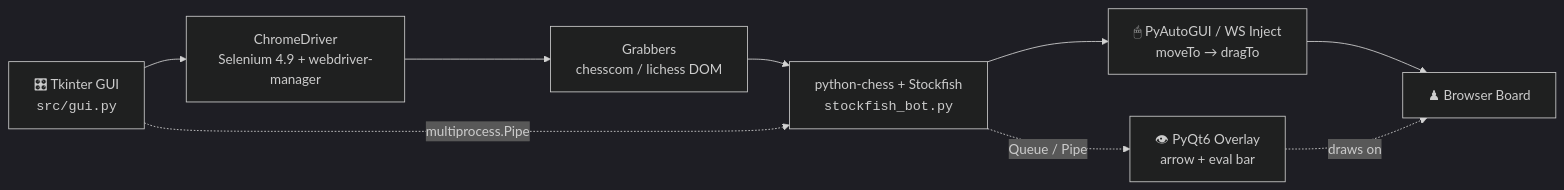
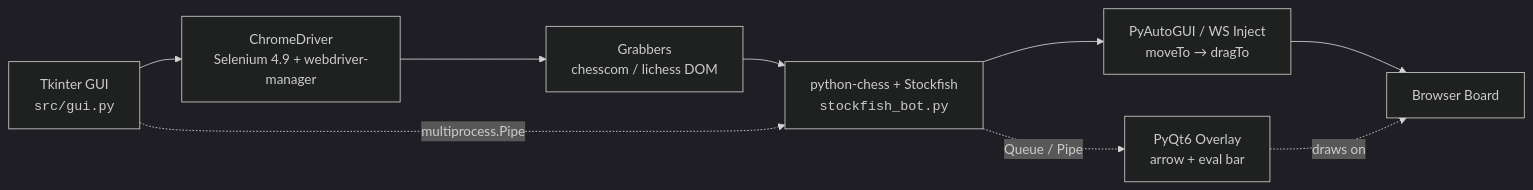
Before and after one commit to Ifaz2611/chess-X: the first of 2 diagrams in README.md, drawn with Mermaid (dark theme). The commit also changed other lines of this file and 3 other files, not shown here.

````diff
--- a/README.md
+++ b/README.md
@@ -102,15 +102,15 @@
 ```mermaid
 flowchart LR
-    GUI["🎛 Tkinter GUI<br/><code>src/gui.py</code>"]
+    GUI["Tkinter GUI<br/><code>src/gui.py</code>"]
     BROWSER["ChromeDriver<br/>Selenium 4.9 + webdriver-manager"]
     GRAB["Grabbers<br/>chesscom / lichess DOM"]
     ENGINE["python-chess + Stockfish<br/><code>stockfish_bot.py</code>"]
-    ACT["🖱 PyAutoGUI / WS Inject<br/>moveTo → dragTo"]
-    BOARD["♟ Browser Board"]
-    OVL["👁 PyQt6 Overlay<br/>arrow + eval bar"]
+    ACT["PyAutoGUI / WS Inject<br/>moveTo → dragTo"]
+    BOARD["Browser Board"]
+    OVL["PyQt6 Overlay<br/>arrow + eval bar"]
 
     GUI --> BROWSER --> GRAB --> ENGINE --> ACT --> BOARD
     ENGINE -. "Queue / Pipe" .-> OVL
     OVL -. draws on .-> BOARD
     GUI -. "multiprocess.Pipe" .-> ENGINE
 ```
````
